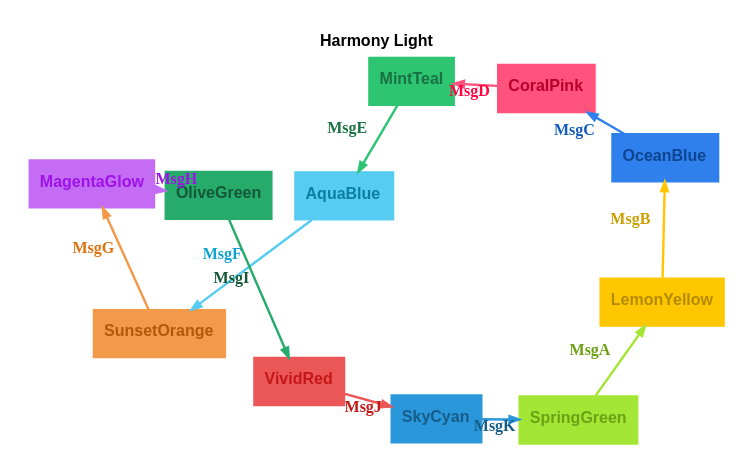
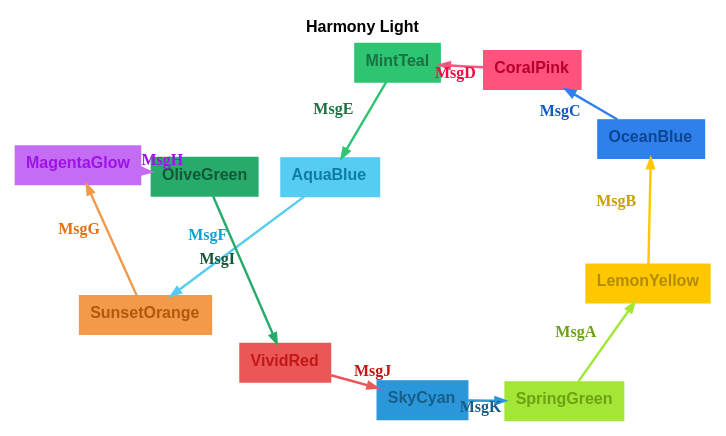
Before and after one commit to m-bock/purescript-transit: the diagram in renders/themes/harmony-light.dot, drawn with Graphviz. The commit also changed 41 other files, not shown here.

Commit message:
Enhance Graphviz integration and update tutorial examples; modify rendering options for various themes, improve state diagram generation for DoorPin and Bridges of Königsberg, and refine documentation for clarity and consistency across examples.

```diff
--- a/renders/themes/harmony-light.dot
+++ b/renders/themes/harmony-light.dot
@@ -1,27 +1,27 @@
 digraph 
 {
-rankdir = "TD";fontname = "Arial";labelloc = "t";fontsize = 12;bgcolor = "#ffffff";color = "#000000";fontcolor = "#000000";pad = 0.2;label = <<b>Harmony Light</b>>
+rankdir = "TD";fontname = "Arial";labelloc = "t";fontsize = 12.0;bgcolor = "#ffffff";color = "#000000";fontcolor = "#000000";label = <<b>Harmony Light</b>>
 graph [layout=sfdp;overlap=false, K=2.5, repulsiveforce=4, splines=true];
-SpringGreen [shape = "box", label = <<b>SpringGreen</b>>, fontsize = 12, style = "filled", fillcolor = "#a3e635", fontcolor = "#6ca114", color = "#a3e635", fontname = "Arial", labelloc = "c", penwidth = 1.0]
-SpringGreen -> LemonYellow [color = "#a3e635", fontcolor = "#6ca114", fontsize = 12, arrowsize = "0.7", label = <<b>MsgA</b>>, penwidth = 1.8]
-LemonYellow [shape = "box", label = <<b>LemonYellow</b>>, fontsize = 12, style = "filled", fillcolor = "#ffc700", fontcolor = "#b38b00", color = "#ffc700", fontname = "Arial", labelloc = "c", penwidth = 1.0]
-LemonYellow -> OceanBlue [color = "#ffc700", fontcolor = "#cc9f00", fontsize = 12, arrowsize = "0.7", label = <<b>MsgB</b>>, penwidth = 1.8]
-OceanBlue [shape = "box", label = <<b>OceanBlue</b>>, fontsize = 12, style = "filled", fillcolor = "#2f80ed", fontcolor = "#0c4590", color = "#2f80ed", fontname = "Arial", labelloc = "c", penwidth = 1.0]
-OceanBlue -> CoralPink [color = "#2f80ed", fontcolor = "#115bbf", fontsize = 12, arrowsize = "0.7", label = <<b>MsgC</b>>, penwidth = 1.8]
-CoralPink [shape = "box", label = <<b>CoralPink</b>>, fontsize = 12, style = "filled", fillcolor = "#ff527c", fontcolor = "#b8002c", color = "#ff527c", fontname = "Arial", labelloc = "c", penwidth = 1.0]
-CoralPink -> MintTeal [color = "#ff527c", fontcolor = "#ff0642", fontsize = 12, arrowsize = "0.7", label = <<b>MsgD</b>>, penwidth = 1.8]
-MintTeal [shape = "box", label = <<b>MintTeal</b>>, fontsize = 12, style = "filled", fillcolor = "#2dc472", fontcolor = "#1a7142", color = "#2dc472", fontname = "Arial", labelloc = "c", penwidth = 1.0]
-MintTeal -> AquaBlue [color = "#2dc472", fontcolor = "#1a7142", fontsize = 12, arrowsize = "0.7", label = <<b>MsgE</b>>, penwidth = 1.8]
-AquaBlue [shape = "box", label = <<b>AquaBlue</b>>, fontsize = 12, style = "filled", fillcolor = "#56ccf2", fontcolor = "#0d7ea2", color = "#56ccf2", fontname = "Arial", labelloc = "c", penwidth = 1.0]
-AquaBlue -> SunsetOrange [color = "#56ccf2", fontcolor = "#10a3d2", fontsize = 12, arrowsize = "0.7", label = <<b>MsgF</b>>, penwidth = 1.8]
-SunsetOrange [shape = "box", label = <<b>SunsetOrange</b>>, fontsize = 12, style = "filled", fillcolor = "#f2994a", fontcolor = "#b0590d", color = "#f2994a", fontname = "Arial", labelloc = "c", penwidth = 1.0]
-SunsetOrange -> MagentaGlow [color = "#f2994a", fontcolor = "#e07210", fontsize = 12, arrowsize = "0.7", label = <<b>MsgG</b>>, penwidth = 1.8]
-MagentaGlow [shape = "box", label = <<b>MagentaGlow</b>>, fontsize = 12, style = "filled", fillcolor = "#c56cf4", fontcolor = "#9e12e8", color = "#c56cf4", fontname = "Arial", labelloc = "c", penwidth = 1.0]
-MagentaGlow -> OliveGreen [color = "#c56cf4", fontcolor = "#9e12e8", fontsize = 12, arrowsize = "0.7", label = <<b>MsgH</b>>, penwidth = 1.8]
-OliveGreen [shape = "box", label = <<b>OliveGreen</b>>, fontsize = 12, style = "filled", fillcolor = "#26ab6b", fontcolor = "#145837", color = "#26ab6b", fontname = "Arial", labelloc = "c", penwidth = 1.0]
-OliveGreen -> VividRed [color = "#26ab6b", fontcolor = "#145837", fontsize = 12, arrowsize = "0.7", label = <<b>MsgI</b>>, penwidth = 1.8]
-VividRed [shape = "box", label = <<b>VividRed</b>>, fontsize = 12, style = "filled", fillcolor = "#eb5757", fontcolor = "#c41717", color = "#eb5757", fontname = "Arial", labelloc = "c", penwidth = 1.0]
-VividRed -> SkyCyan [color = "#eb5757", fontcolor = "#c41717", fontsize = 12, arrowsize = "0.7", label = <<b>MsgJ</b>>, penwidth = 1.8]
-SkyCyan [shape = "box", label = <<b>SkyCyan</b>>, fontsize = 12, style = "filled", fillcolor = "#2b97db", fontcolor = "#175d89", color = "#2b97db", fontname = "Arial", labelloc = "c", penwidth = 1.0]
-SkyCyan -> SpringGreen [color = "#2b97db", fontcolor = "#175d89", fontsize = 12, arrowsize = "0.7", label = <<b>MsgK</b>>, penwidth = 1.8]
+SpringGreen [shape = "box", label = <<b>SpringGreen</b>>, fontsize = 12.0, style = "filled", fillcolor = "#a3e635", fontcolor = "#6ca114", color = "#a3e635", fontname = "Arial", labelloc = "c", penwidth = 1.0, height = 0.4]
+SpringGreen -> LemonYellow [color = "#a3e635", fontcolor = "#6ca114", fontsize = 12.0, arrowsize = "0.7", label = <<b>MsgA</b>>, penwidth = 1.8]
+LemonYellow [shape = "box", label = <<b>LemonYellow</b>>, fontsize = 12.0, style = "filled", fillcolor = "#ffc700", fontcolor = "#b38b00", color = "#ffc700", fontname = "Arial", labelloc = "c", penwidth = 1.0, height = 0.4]
+LemonYellow -> OceanBlue [color = "#ffc700", fontcolor = "#cc9f00", fontsize = 12.0, arrowsize = "0.7", label = <<b>MsgB</b>>, penwidth = 1.8]
+OceanBlue [shape = "box", label = <<b>OceanBlue</b>>, fontsize = 12.0, style = "filled", fillcolor = "#2f80ed", fontcolor = "#0c4590", color = "#2f80ed", fontname = "Arial", labelloc = "c", penwidth = 1.0, height = 0.4]
+OceanBlue -> CoralPink [color = "#2f80ed", fontcolor = "#115bbf", fontsize = 12.0, arrowsize = "0.7", label = <<b>MsgC</b>>, penwidth = 1.8]
+CoralPink [shape = "box", label = <<b>CoralPink</b>>, fontsize = 12.0, style = "filled", fillcolor = "#ff527c", fontcolor = "#b8002c", color = "#ff527c", fontname = "Arial", labelloc = "c", penwidth = 1.0, height = 0.4]
+CoralPink -> MintTeal [color = "#ff527c", fontcolor = "#ff0642", fontsize = 12.0, arrowsize = "0.7", label = <<b>MsgD</b>>, penwidth = 1.8]
+MintTeal [shape = "box", label = <<b>MintTeal</b>>, fontsize = 12.0, style = "filled", fillcolor = "#2dc472", fontcolor = "#1a7142", color = "#2dc472", fontname = "Arial", labelloc = "c", penwidth = 1.0, height = 0.4]
+MintTeal -> AquaBlue [color = "#2dc472", fontcolor = "#1a7142", fontsize = 12.0, arrowsize = "0.7", label = <<b>MsgE</b>>, penwidth = 1.8]
+AquaBlue [shape = "box", label = <<b>AquaBlue</b>>, fontsize = 12.0, style = "filled", fillcolor = "#56ccf2", fontcolor = "#0d7ea2", color = "#56ccf2", fontname = "Arial", labelloc = "c", penwidth = 1.0, height = 0.4]
+AquaBlue -> SunsetOrange [color = "#56ccf2", fontcolor = "#10a3d2", fontsize = 12.0, arrowsize = "0.7", label = <<b>MsgF</b>>, penwidth = 1.8]
+SunsetOrange [shape = "box", label = <<b>SunsetOrange</b>>, fontsize = 12.0, style = "filled", fillcolor = "#f2994a", fontcolor = "#b0590d", color = "#f2994a", fontname = "Arial", labelloc = "c", penwidth = 1.0, height = 0.4]
+SunsetOrange -> MagentaGlow [color = "#f2994a", fontcolor = "#e07210", fontsize = 12.0, arrowsize = "0.7", label = <<b>MsgG</b>>, penwidth = 1.8]
+MagentaGlow [shape = "box", label = <<b>MagentaGlow</b>>, fontsize = 12.0, style = "filled", fillcolor = "#c56cf4", fontcolor = "#9e12e8", color = "#c56cf4", fontname = "Arial", labelloc = "c", penwidth = 1.0, height = 0.4]
+MagentaGlow -> OliveGreen [color = "#c56cf4", fontcolor = "#9e12e8", fontsize = 12.0, arrowsize = "0.7", label = <<b>MsgH</b>>, penwidth = 1.8]
+OliveGreen [shape = "box", label = <<b>OliveGreen</b>>, fontsize = 12.0, style = "filled", fillcolor = "#26ab6b", fontcolor = "#145837", color = "#26ab6b", fontname = "Arial", labelloc = "c", penwidth = 1.0, height = 0.4]
+OliveGreen -> VividRed [color = "#26ab6b", fontcolor = "#145837", fontsize = 12.0, arrowsize = "0.7", label = <<b>MsgI</b>>, penwidth = 1.8]
+VividRed [shape = "box", label = <<b>VividRed</b>>, fontsize = 12.0, style = "filled", fillcolor = "#eb5757", fontcolor = "#c41717", color = "#eb5757", fontname = "Arial", labelloc = "c", penwidth = 1.0, height = 0.4]
+VividRed -> SkyCyan [color = "#eb5757", fontcolor = "#c41717", fontsize = 12.0, arrowsize = "0.7", label = <<b>MsgJ</b>>, penwidth = 1.8]
+SkyCyan [shape = "box", label = <<b>SkyCyan</b>>, fontsize = 12.0, style = "filled", fillcolor = "#2b97db", fontcolor = "#175d89", color = "#2b97db", fontname = "Arial", labelloc = "c", penwidth = 1.0, height = 0.4]
+SkyCyan -> SpringGreen [color = "#2b97db", fontcolor = "#175d89", fontsize = 12.0, arrowsize = "0.7", label = <<b>MsgK</b>>, penwidth = 1.8]
 }
```
